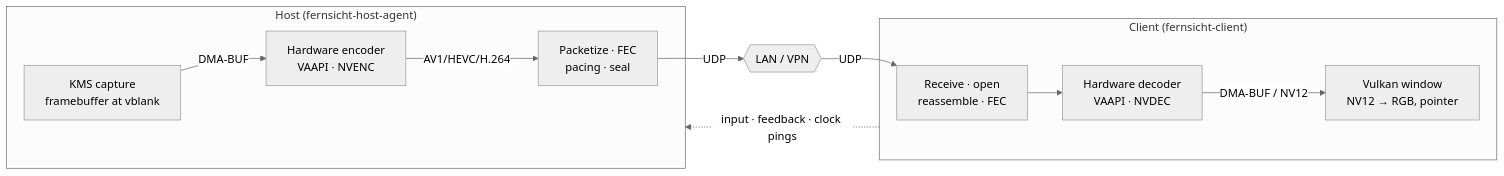
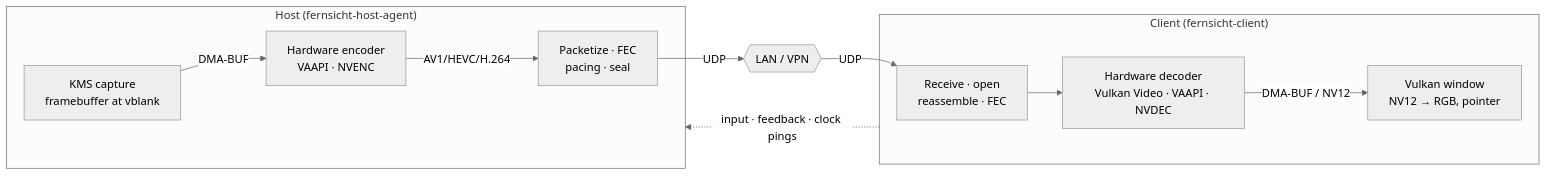
One commit to firsttris/fernsicht changed the first of 2 diagrams in docs/architecture.md. Above: the diagram before and after it, drawn with Mermaid (neutral theme). The commit also changed 29 other files, not shown here.

First line of the commit message:
D1, first part: the client decodes with Vulkan Video

````diff
--- a/docs/architecture.md
+++ b/docs/architecture.md
@@ -10,14 +10,14 @@
 ```mermaid
 flowchart LR
     subgraph Host["Host (fernsicht-host-agent)"]
         KMS["KMS capture<br/>framebuffer at vblank"] -->|DMA-BUF| ENC["Hardware encoder<br/>VAAPI · NVENC"]
         ENC -->|AV1/HEVC/H.264| PKT["Packetize · FEC<br/>pacing · seal"]
     end
     PKT -->|UDP| NET{{"LAN / VPN"}}
     NET -->|UDP| RX
     subgraph Client["Client (fernsicht-client)"]
-        RX["Receive · open<br/>reassemble · FEC"] --> DEC["Hardware decoder<br/>VAAPI · NVDEC"]
+        RX["Receive · open<br/>reassemble · FEC"] --> DEC["Hardware decoder<br/>Vulkan Video · VAAPI · NVDEC"]
         DEC -->|DMA-BUF / NV12| VK["Vulkan window<br/>NV12 → RGB, pointer"]
     end
     Client -. "input · feedback · clock pings" .-> Host
 ```
````
